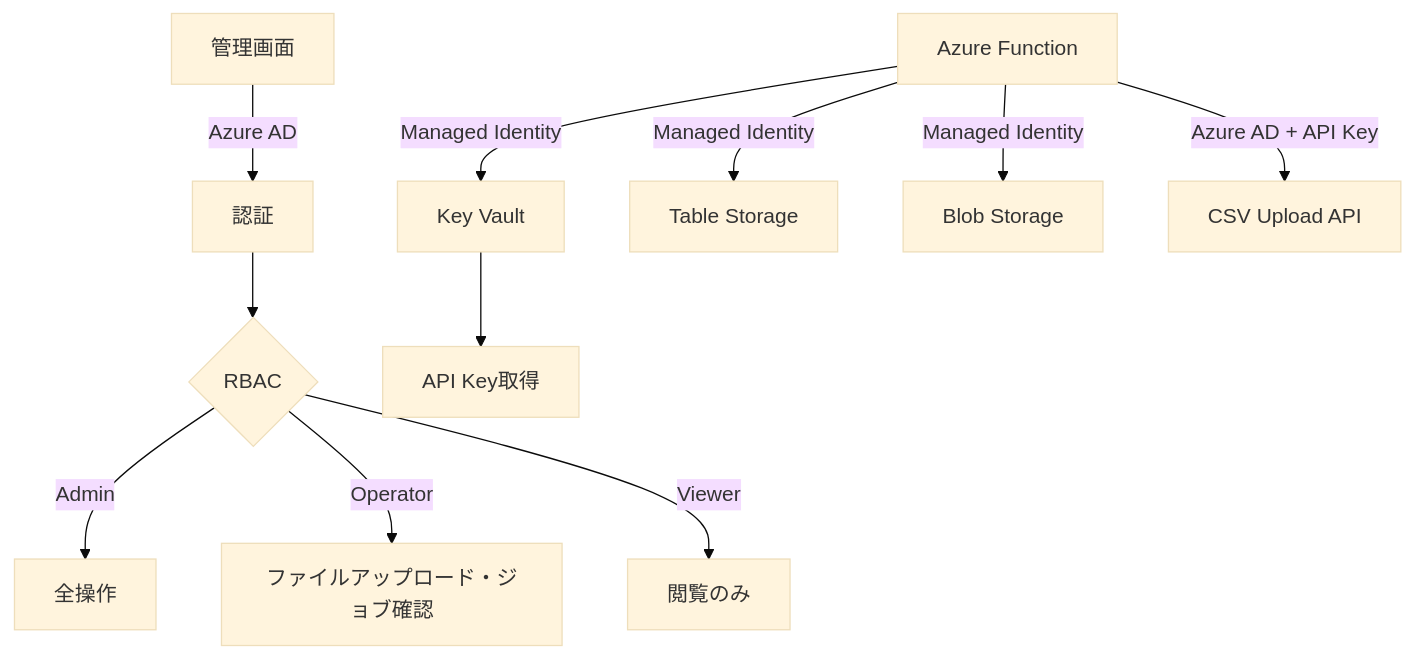
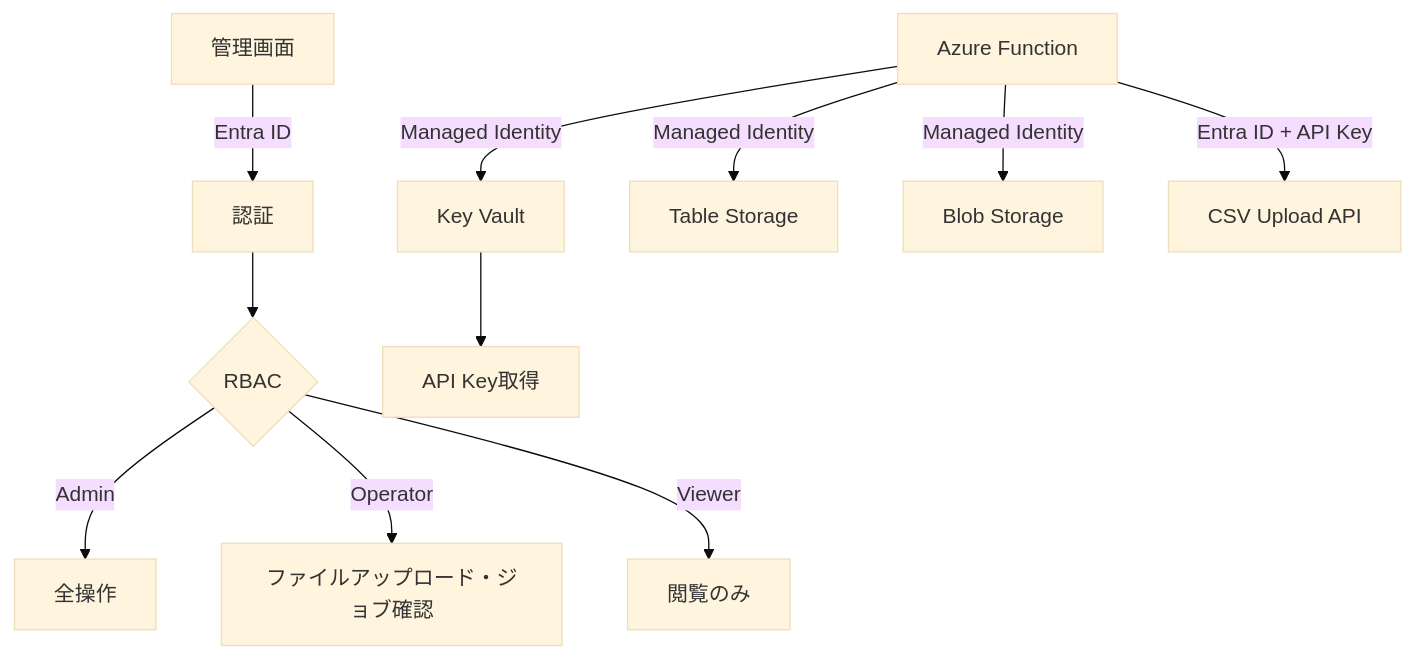
Before and after one commit to nahisaho/SDS2Roster: the third of 3 diagrams in docs/architecture/01_architecture_overview.md, drawn with Mermaid (base theme). The commit also changed other lines of this file and 9 other files, not shown here.

First line of the commit message:
docs: Update Azure AD references to Entra ID across all documentation

````diff
--- a/docs/architecture/01_architecture_overview.md
+++ b/docs/architecture/01_architecture_overview.md
@@ -215,15 +215,15 @@
 ```mermaid
 graph TD
-    A[管理画面] -->|Azure AD| B[認証]
+    A[管理画面] -->|Entra ID| B[認証]
     B --> C{RBAC}
     C -->|Admin| D[全操作]
     C -->|Operator| E[ファイルアップロード・ジョブ確認]
     C -->|Viewer| F[閲覧のみ]
     
     G[Azure Function] -->|Managed Identity| H[Key Vault]
     H --> I[API Key取得]
     G -->|Managed Identity| J[Table Storage]
     G -->|Managed Identity| K[Blob Storage]
     
-    G -->|Azure AD + API Key| L[CSV Upload API]
+    G -->|Entra ID + API Key| L[CSV Upload API]
 ```
````
